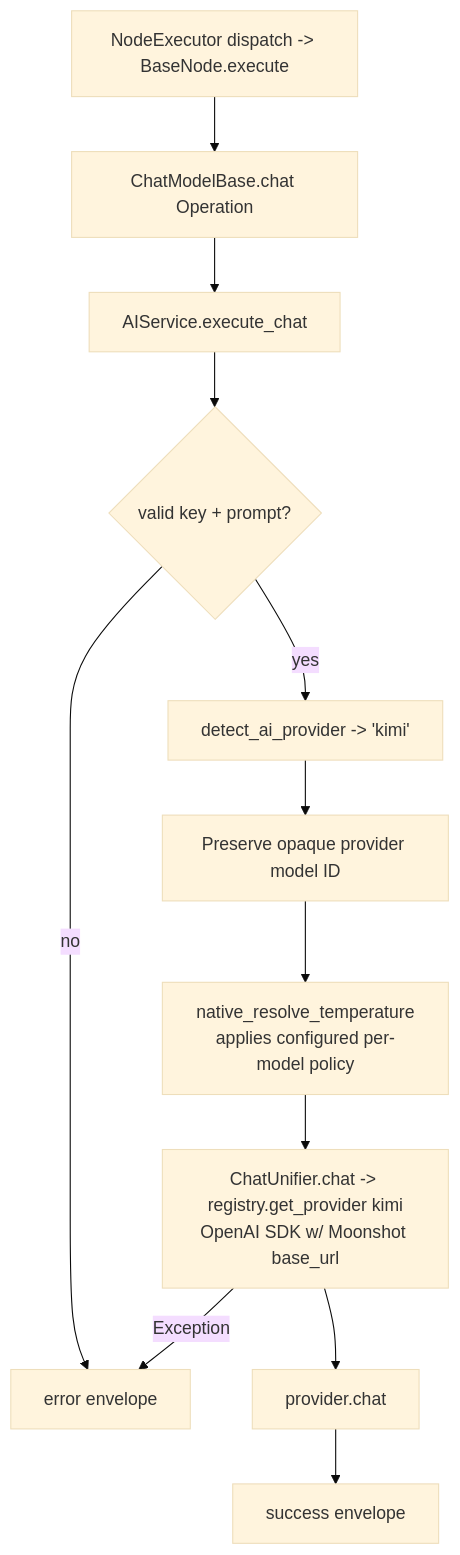
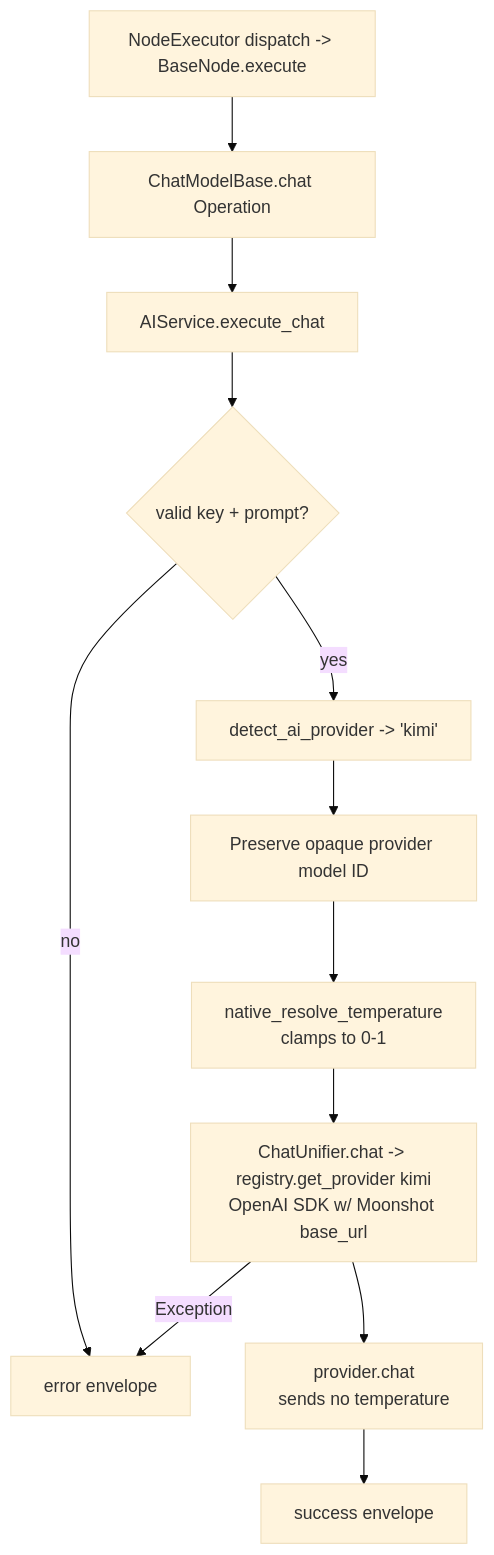
The diagram in docs-internal/node-logic-flows/ai_chat_models/kimiChatModel.md (zeenie-ai/OpenCompany), drawn with Mermaid (base theme) before and after one commit. The commit also changed other lines of this file and 5 other files, not shown here.

````diff
--- a/docs-internal/node-logic-flows/ai_chat_models/kimiChatModel.md
+++ b/docs-internal/node-logic-flows/ai_chat_models/kimiChatModel.md
@@ -68,14 +68,14 @@
 ```mermaid
 flowchart TD
   A[NodeExecutor dispatch -> BaseNode.execute] --> B[ChatModelBase.chat Operation]
   B --> C[AIService.execute_chat]
   C --> D{valid key + prompt?}
   D -- no --> X[error envelope]
   D -- yes --> E[detect_ai_provider -> 'kimi']
   E --> F[Preserve opaque provider model ID]
-  F --> G[native_resolve_temperature<br/>applies configured per-model policy]
+  F --> G[native_resolve_temperature<br/>clamps to 0-1]
   G --> H[ChatUnifier.chat -> registry.get_provider kimi<br/>OpenAI SDK w/ Moonshot base_url]
-  H --> I[provider.chat]
+  H --> I[provider.chat<br/>sends no temperature]
   I --> J[success envelope]
   H -- Exception --> X
 ```
````
